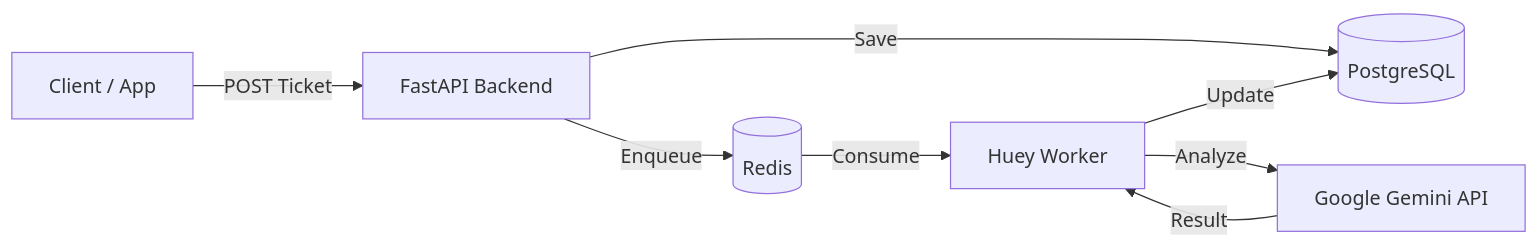
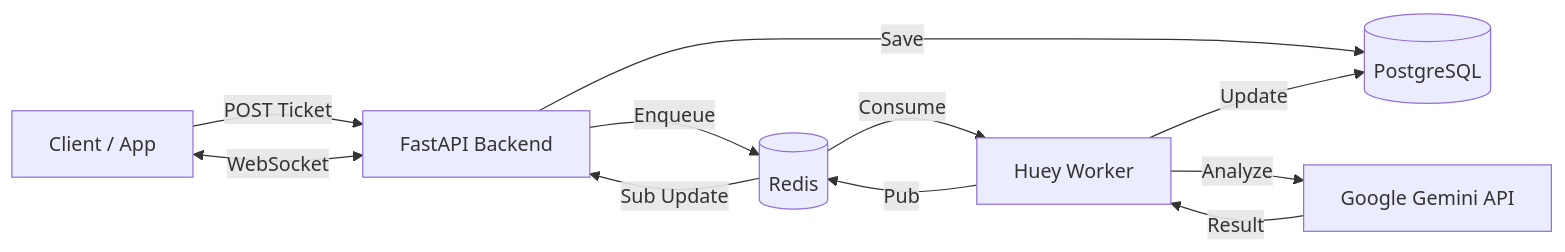
One commit to MangBao/triage-recovery-hub-be changed the diagram in README.md. Above: the diagram before and after it, drawn with Mermaid. The commit also changed other lines of this file and 6 other files, not shown here.

Commit message:
feat: Implement real-time ticket updates via WebSockets, Redis Pub/Sub, and AI triage background tasks, along with updated documentation.

````diff
--- a/README.md
+++ b/README.md
@@ -45,10 +46,13 @@
 ```mermaid
 graph LR
     User[Client / App] -->|POST Ticket| API[FastAPI Backend]
+    User <-->|WebSocket| API
     API -->|Save| DB[(PostgreSQL)]
     API -->|Enqueue| Queue[(Redis)]
     Queue -->|Consume| Worker[Huey Worker]
     Worker -->|Analyze| AI[Google Gemini API]
     AI -->|Result| Worker
     Worker -->|Update| DB
+    Worker -->|Pub| Queue
+    Queue -->|Sub Update| API
 ```
````
